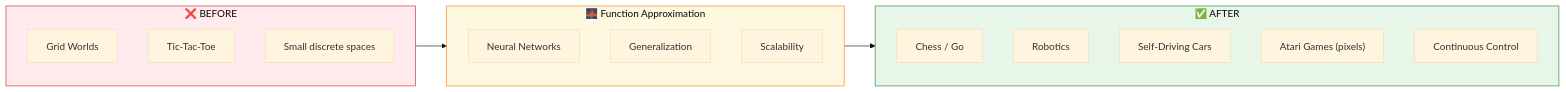
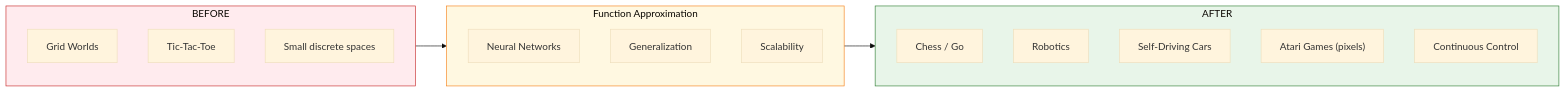
One commit to Abhijit1102/reinforcement_learning changed the fourth of 4 diagrams in 08_function_approximation/chapter_8_function_approximation.md. Above: the diagram before and after it, drawn with Mermaid (base theme). The commit also changed other lines of this file, not shown here.

Commit message:
function approximation remake

````diff
--- a/08_function_approximation/chapter_8_function_approximation.md
+++ b/08_function_approximation/chapter_8_function_approximation.md
@@ -147,29 +147,29 @@
 ```mermaid
 flowchart LR
-    subgraph Before["❌ BEFORE"]
+    subgraph Before["BEFORE"]
         B1["Grid Worlds"]
         B2["Tic-Tac-Toe"]
         B3["Small discrete spaces"]
     end
 
-    subgraph Bridge["🌉 Function Approximation"]
+    subgraph Bridge["Function Approximation"]
         direction TB
         NN["Neural Networks"]
         FA["Generalization"]
         SC["Scalability"]
     end
 
-    subgraph After["✅ AFTER"]
+    subgraph After["AFTER"]
         A1["Chess / Go"]
         A2["Robotics"]
         A3["Self-Driving Cars"]
         A4["Atari Games (pixels)"]
         A5["Continuous Control"]
     end
 
     Before --> Bridge --> After
 
     style Before fill:#ffebee,stroke:#c62828
     style Bridge fill:#fff8e1,stroke:#f57f17
     style After fill:#e8f5e9,stroke:#2e7d32
 ```
````
